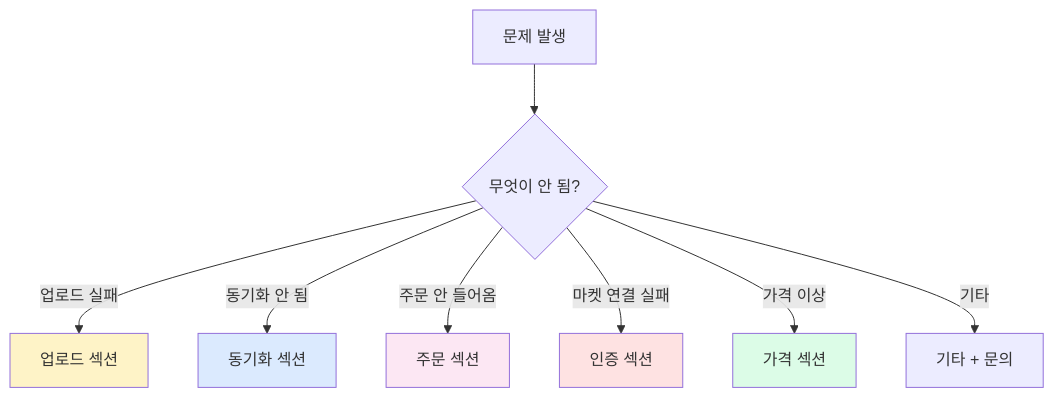
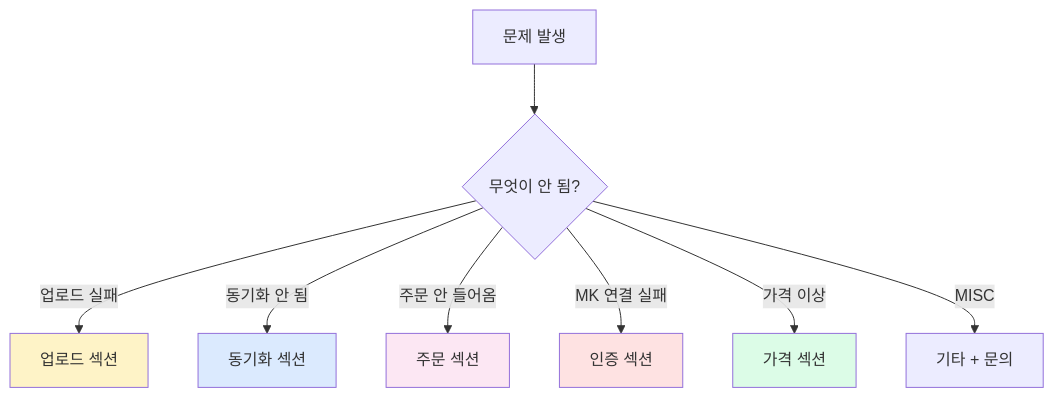
The first of 6 diagrams in docs/08-troubleshooting.md (cksdud5785-design/lonit-manual), drawn with Mermaid before and after one commit. The commit also changed other lines of this file and 17 other files, not shown here.

First line of the commit message:
fix: mermaid 한국어 ID → ASCII + 더망고 → T사 일괄 변경

````diff
--- a/docs/08-troubleshooting.md
+++ b/docs/08-troubleshooting.md
@@ -9,17 +9,17 @@
 ```mermaid
 flowchart TB
     Issue[문제 발생] --> Q1{무엇이 안 됨?}
     
     Q1 -->|업로드 실패| Up[업로드 섹션]
     Q1 -->|동기화 안 됨| Sync[동기화 섹션]
     Q1 -->|주문 안 들어옴| Order[주문 섹션]
-    Q1 -->|마켓 연결 실패| Auth[인증 섹션]
+    Q1 -->|MK 연결 실패| Auth[인증 섹션]
     Q1 -->|가격 이상| Price[가격 섹션]
-    Q1 -->|기타| Etc[기타 + 문의]
+    Q1 -->|MISC| Etc[기타 + 문의]
     
     style Up fill:#fef3c7
     style Sync fill:#dbeafe
     style Order fill:#fce7f3
     style Auth fill:#fee2e2
     style Price fill:#dcfce7
 ```
````
